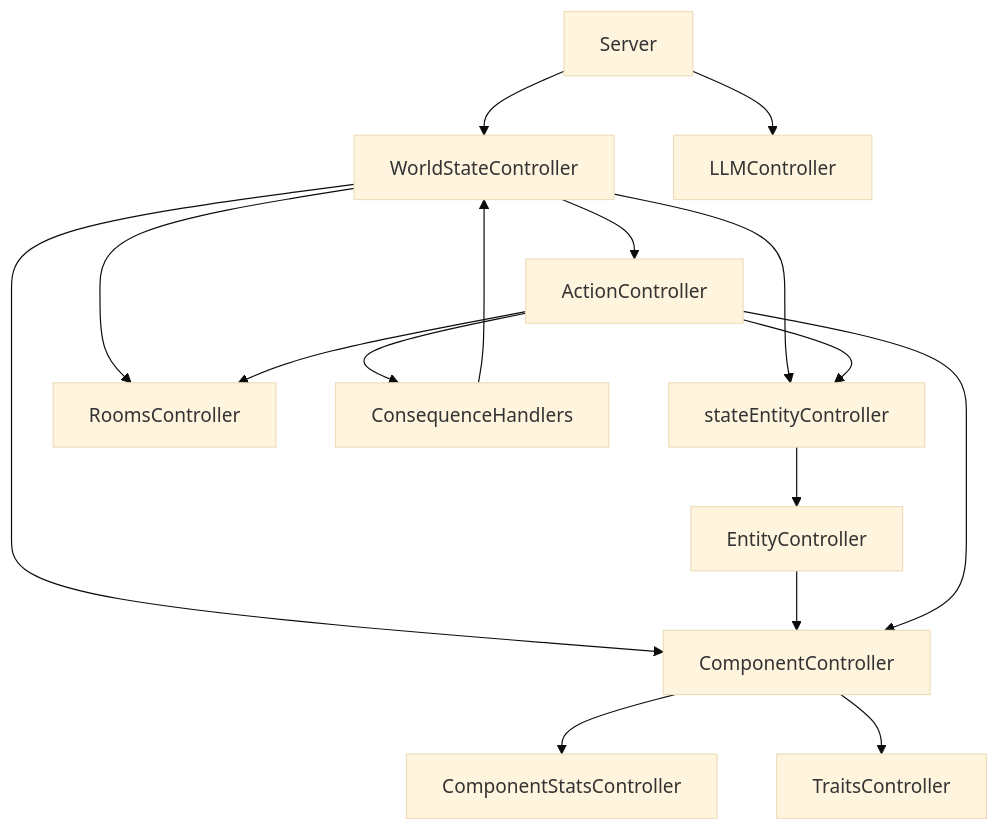
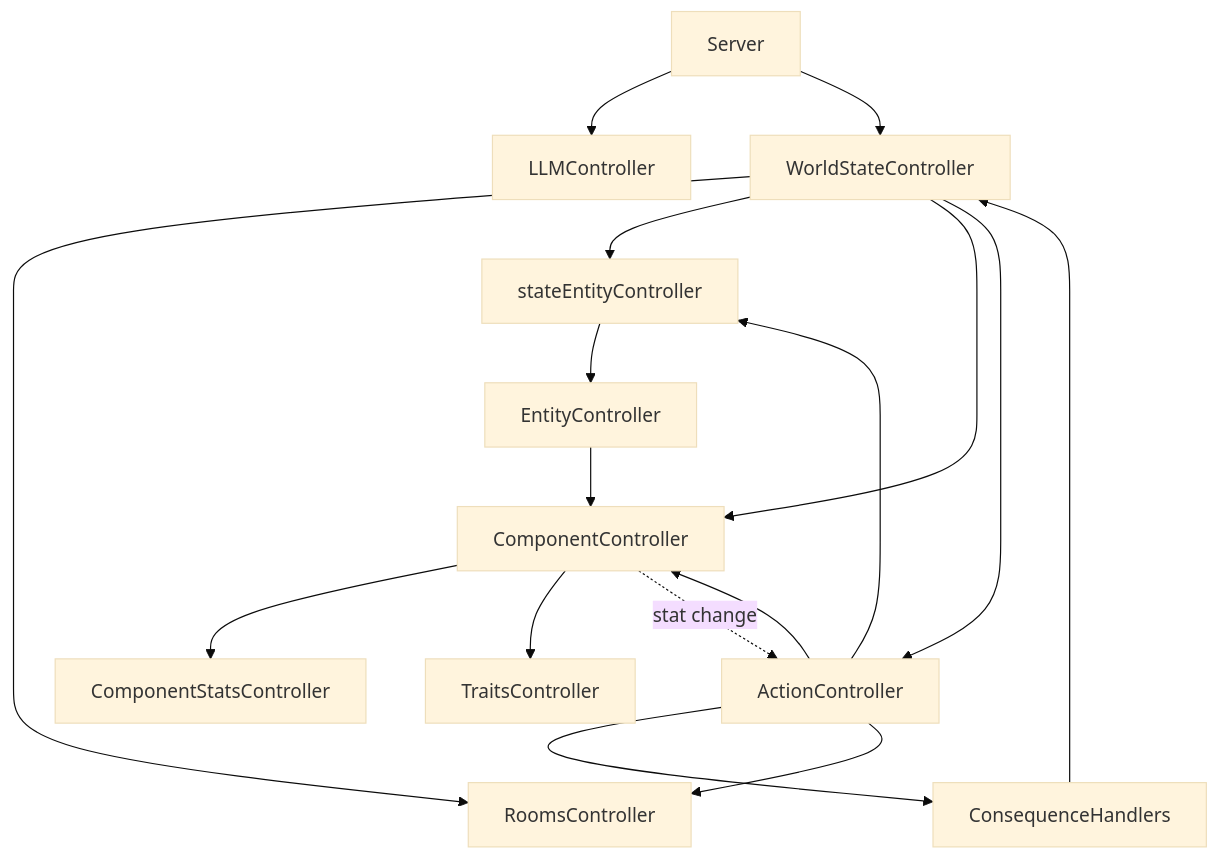
Before and after one commit to Rhuan-P-Dev/slopSimulacrum: the diagram in wiki/map.md, drawn with Mermaid (base theme). The commit also changed other lines of this file and 15 other files, not shown here.

````diff
--- a/wiki/map.md
+++ b/wiki/map.md
@@ -13,46 +13,49 @@
 ```mermaid
 graph TD
     %% Root
     WSC[WorldStateController]
 
     %% Data Level
     CSC[ComponentStatsController]
     TC[TraitsController]
 
     %% Logic Level
     CC[ComponentController]
     EC[EntityController]
 
     %% Instance Level
     SEC[stateEntityController]
     RC[RoomsController]
 
     %% Action Layer
     AC[ActionController]
     CH[ConsequenceHandlers]
 
     %% LLM Layer (Parallel)
     LLMC[LLMController]
     SVR[Server]
 
     %% Relationships
     SVR --> LLMC
     SVR --> WSC
     
     WSC --> RC
     WSC --> SEC
     WSC --> CC
     WSC --> AC
 
     AC --> CH
     CH --> WSC
 
     SEC --> EC
     EC --> CC
     CC --> CSC
     CC --> TC
     
     AC --> SEC
     AC --> CC
     AC --> RC
+    
+    %% Stat change notification
+    CC -.->|stat change| AC
 ```
````
